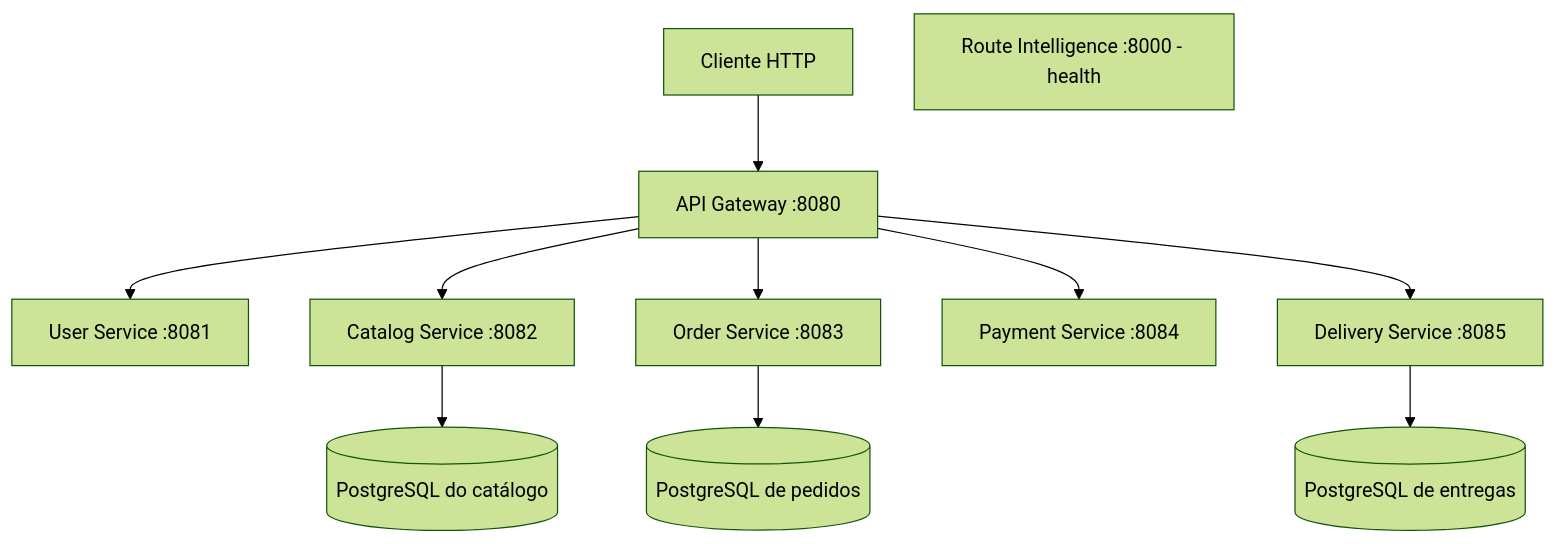
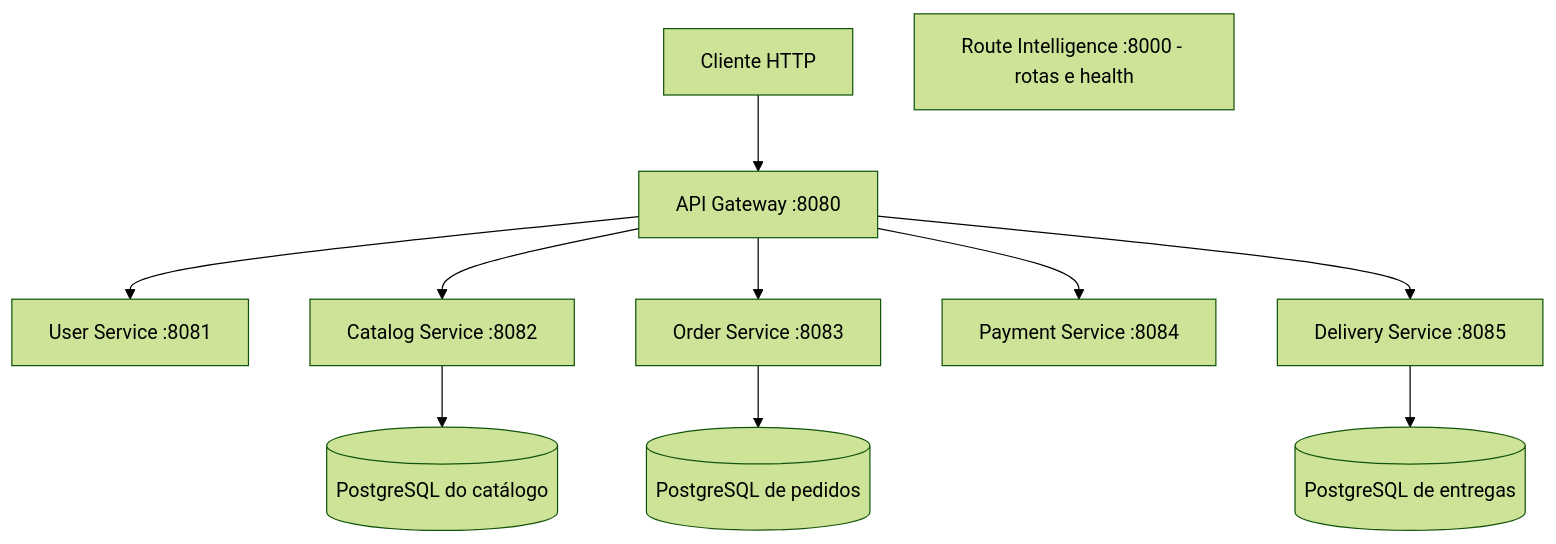
One commit to victhor-santos/ai-delivery-platform changed the first of 2 diagrams in docs/architecture.md. Above: the diagram before and after it, drawn with Mermaid (forest theme). The commit also changed other lines of this file and 33 other files, not shown here.

````diff
--- a/docs/architecture.md
+++ b/docs/architecture.md
@@ -13,13 +13,13 @@
 ```mermaid
 flowchart TD
     Client[Cliente HTTP] --> Gateway[API Gateway :8080]
     Gateway --> Users[User Service :8081]
     Gateway --> Catalog[Catalog Service :8082]
     Gateway --> Orders[Order Service :8083]
     Gateway --> Payments[Payment Service :8084]
     Gateway --> Deliveries[Delivery Service :8085]
     Catalog --> CatalogDB[(PostgreSQL do catálogo)]
     Orders --> OrderDB[(PostgreSQL de pedidos)]
     Deliveries --> DeliveryDB[(PostgreSQL de entregas)]
-    Routes[Route Intelligence :8000 - health]
+    Routes[Route Intelligence :8000 - rotas e health]
 ```
````
